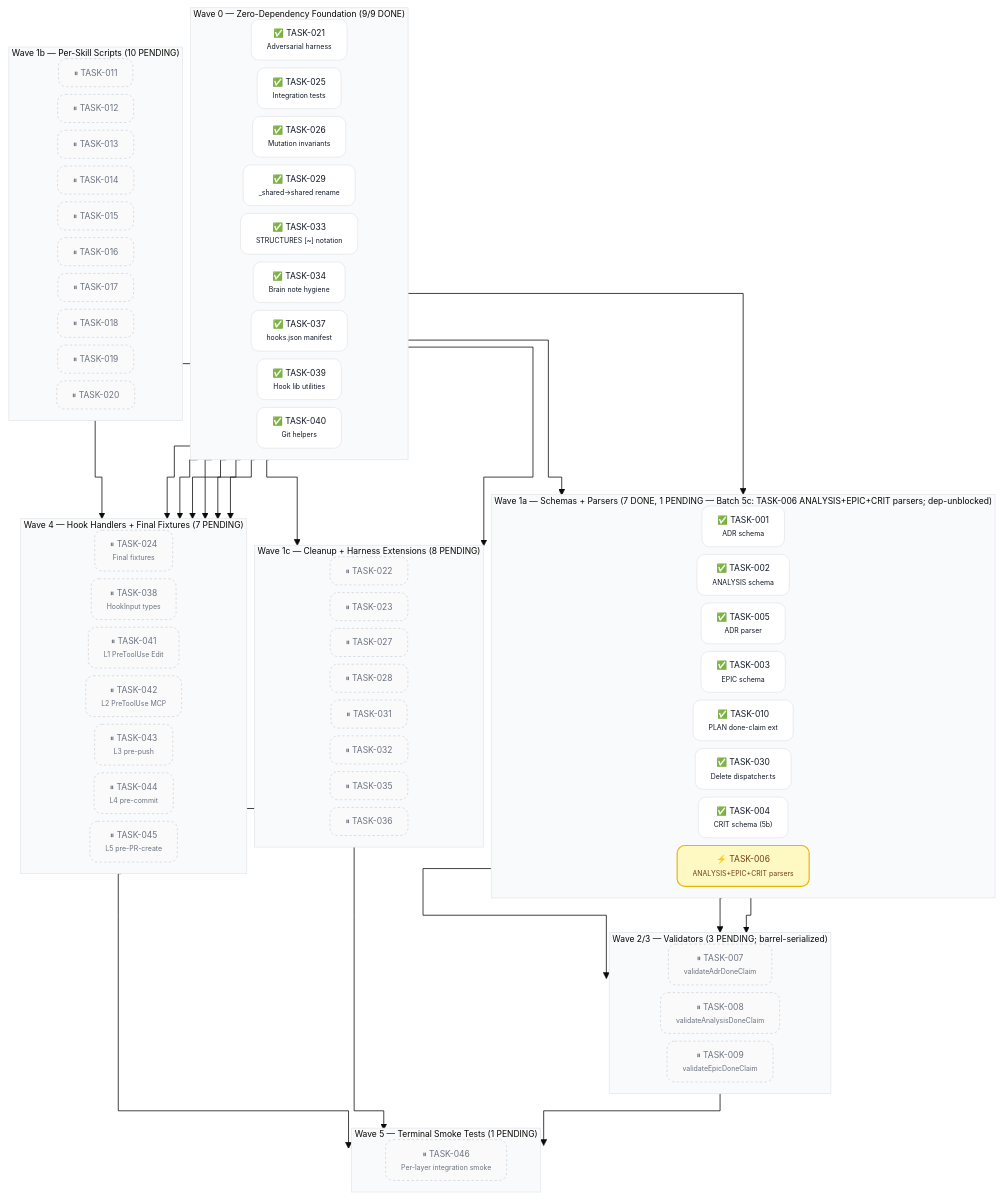
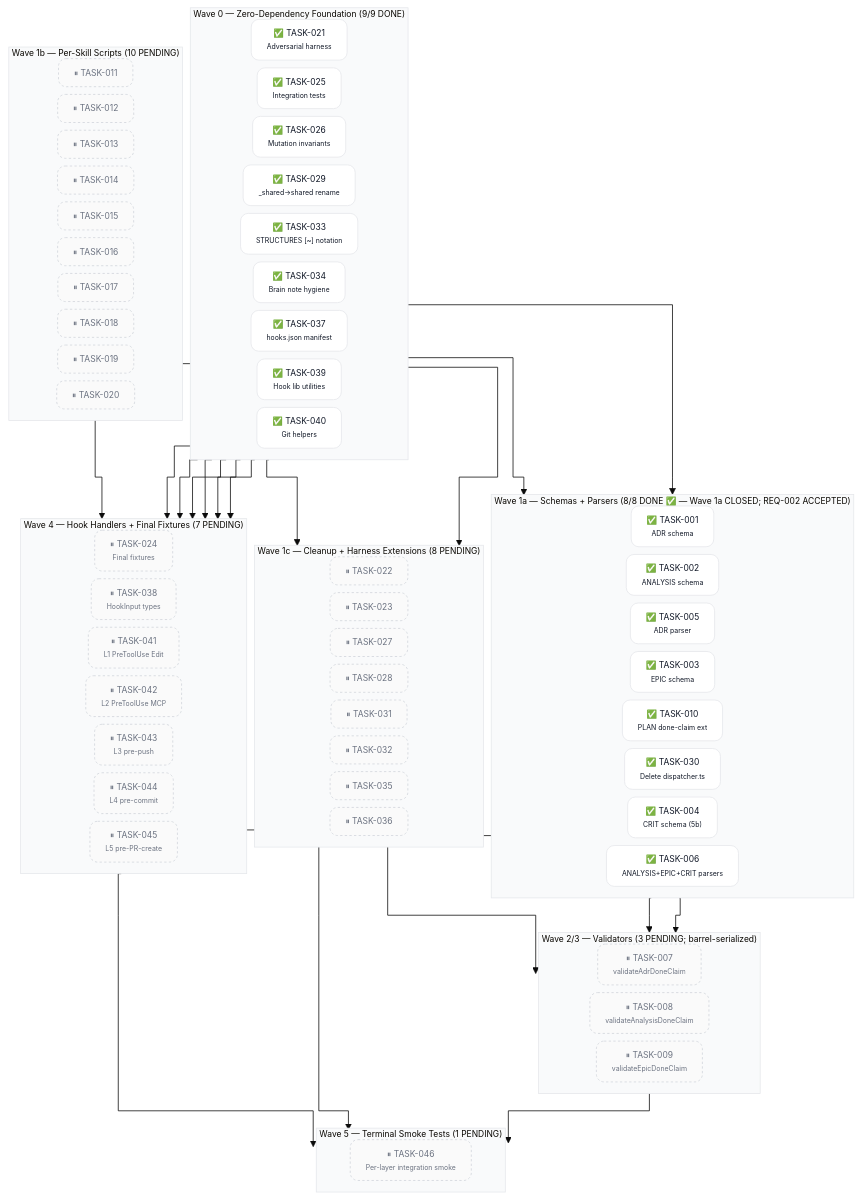
One commit to acmelabs-15/skills changed the second of 2 diagrams in docs/planning/PLAN-001-skills-ecosystem.md. Above: the diagram before and after it, drawn with Mermaid. The commit also changed other lines of this file and 5 other files, not shown here.

First line of the commit message:
build(SPEC-008): Batch 5c CLOSED — qa-006 PASS; Wave 1a 8/8; REQ-002 ACCEPTED (Event 76)

````diff
--- a/docs/planning/PLAN-001-skills-ecosystem.md
+++ b/docs/planning/PLAN-001-skills-ecosystem.md
@@ -169,7 +169,7 @@
     T040["✅ TASK-040<br/><span style='font-size:9px'>Git helpers</span>"]
   end
 
-  subgraph W1a ["Wave 1a — Schemas + Parsers (7 DONE, 1 PENDING — Batch 5c: TASK-006 ANALYSIS+EPIC+CRIT parsers; dep-unblocked)"]
+  subgraph W1a ["Wave 1a — Schemas + Parsers (8/8 DONE ✅ — Wave 1a CLOSED; REQ-002 ACCEPTED)"]
     direction LR
     T001["✅ TASK-001<br/><span style='font-size:9px'>ADR schema</span>"]
     T002["✅ TASK-002<br/><span style='font-size:9px'>ANALYSIS schema</span>"]
@@ -178,7 +178,7 @@
     T010["✅ TASK-010<br/><span style='font-size:9px'>PLAN done-claim ext</span>"]
     T030["✅ TASK-030<br/><span style='font-size:9px'>Delete dispatcher.ts</span>"]
     T004["✅ TASK-004<br/><span style='font-size:9px'>CRIT schema (5b)</span>"]
-    T006["⚡ TASK-006<br/><span style='font-size:9px'>ANALYSIS+EPIC+CRIT parsers</span>"]
+    T006["✅ TASK-006<br/><span style='font-size:9px'>ANALYSIS+EPIC+CRIT parsers</span>"]
   end
 
   subgraph W1b ["Wave 1b — Per-Skill Scripts (10 PENDING)"]
@@ -252,7 +252,6 @@
   T009 --> T046
   T045 --> T046
 
-  class T001,T002,T003,T004,T005,T010,T021,T025,T026,T029,T030,T033,T034,T037,T039,T040 done
-  class T006 inprogress
+  class T001,T002,T003,T004,T005,T006,T010,T021,T025,T026,T029,T030,T033,T034,T037,T039,T040 done
   class T007,T008,T009,T011,T012,T013,T014,T015,T016,T017,T018,T019,T020,T022,T023,T024,T027,T028,T031,T032,T035,T036,T038,T041,T042,T043,T044,T045,T046 pending
 ```
````
